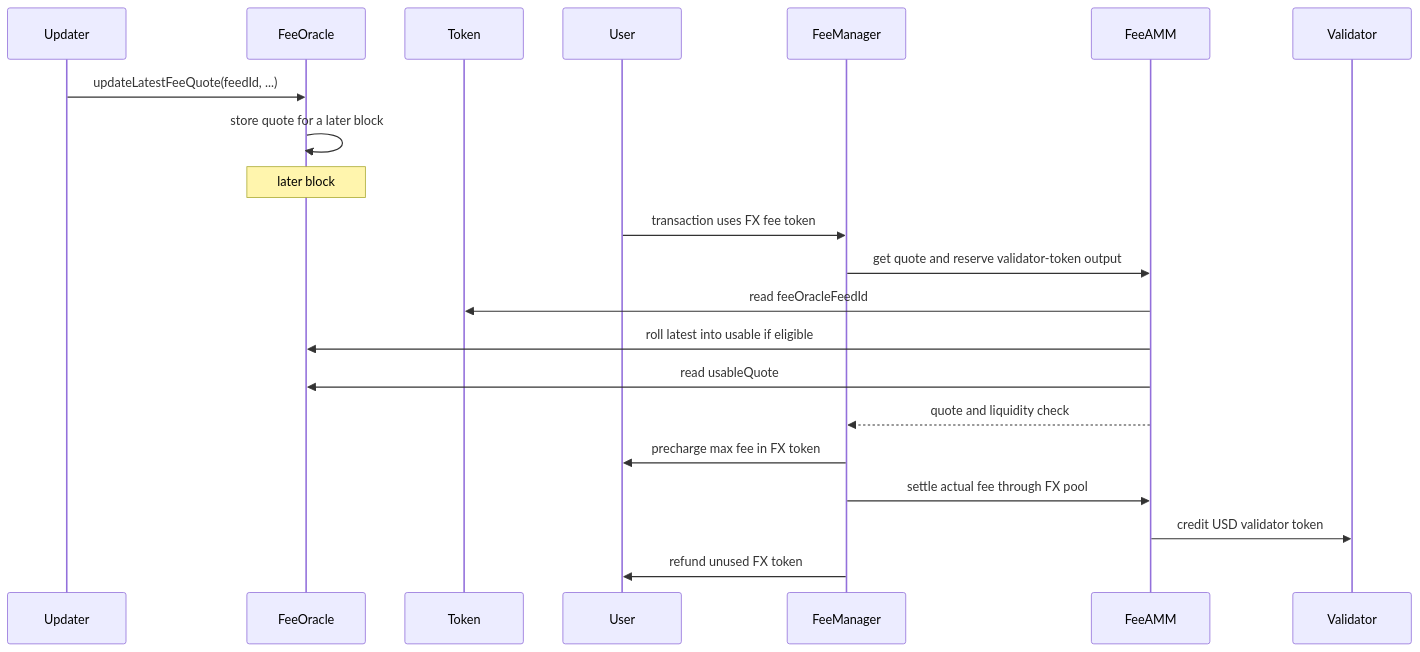
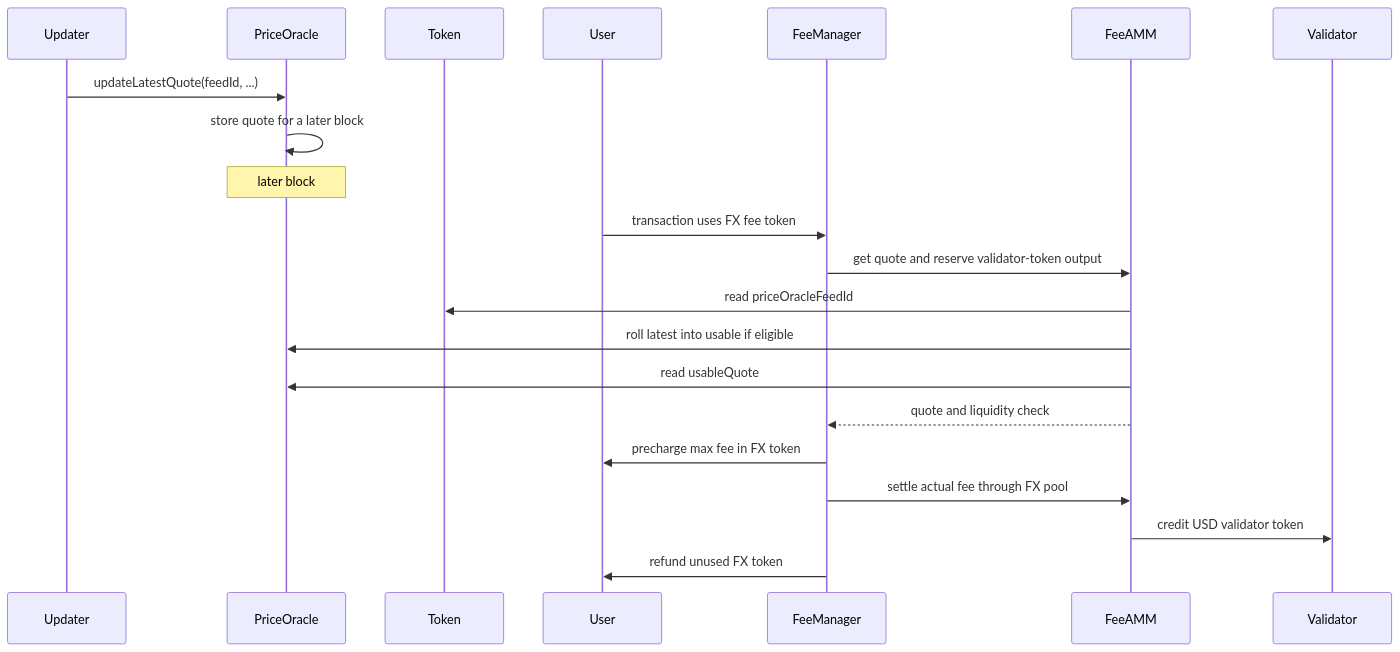
The diagram in tips/tip-1054.md (tempoxyz/tempo), drawn with Mermaid before and after one commit. The commit also changed other lines of this file, not shown here.

Commit message:
docs(tip-1054): generalize oracle naming

````diff
--- a/tips/tip-1054.md
+++ b/tips/tip-1054.md
@@ -38,24 +38,24 @@
 ```mermaid
 sequenceDiagram
     participant Updater
-    participant FeeOracle
+    participant PriceOracle
     participant Token
     participant User
     participant FeeManager
     participant FeeAMM
     participant Validator
 
-    Updater->>FeeOracle: updateLatestFeeQuote(feedId, ...)
-    FeeOracle->>FeeOracle: store quote for a later block
-    Note over FeeOracle: later block
+    Updater->>PriceOracle: updateLatestQuote(feedId, ...)
+    PriceOracle->>PriceOracle: store quote for a later block
+    Note over PriceOracle: later block
     User->>FeeManager: transaction uses FX fee token
     FeeManager->>FeeAMM: get quote and reserve validator-token output
-    FeeAMM->>Token: read feeOracleFeedId
-    FeeAMM->>FeeOracle: roll latest into usable if eligible
-    FeeAMM->>FeeOracle: read usableQuote
+    FeeAMM->>Token: read priceOracleFeedId
+    FeeAMM->>PriceOracle: roll latest into usable if eligible
+    FeeAMM->>PriceOracle: read usableQuote
     FeeAMM-->>FeeManager: quote and liquidity check
     FeeManager->>User: precharge max fee in FX token
     FeeManager->>FeeAMM: settle actual fee through FX pool
     FeeAMM->>Validator: credit USD validator token
     FeeManager->>User: refund unused FX token
 ```
````
